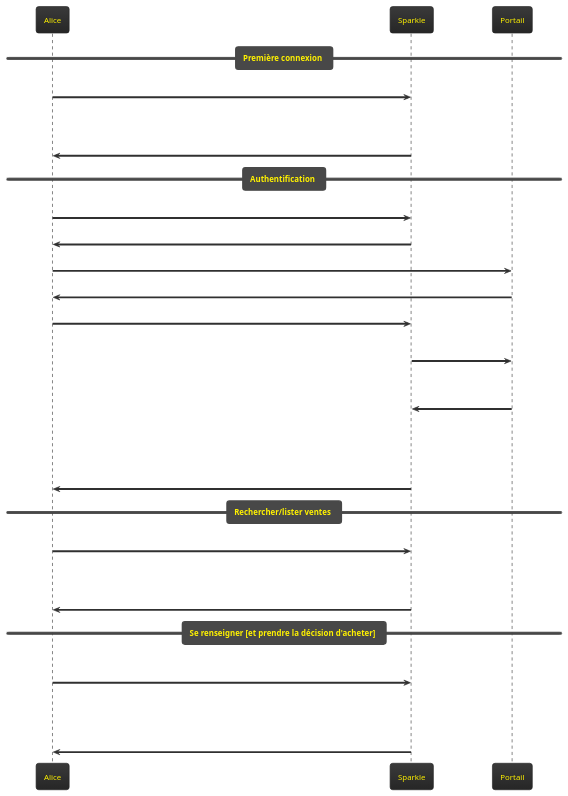
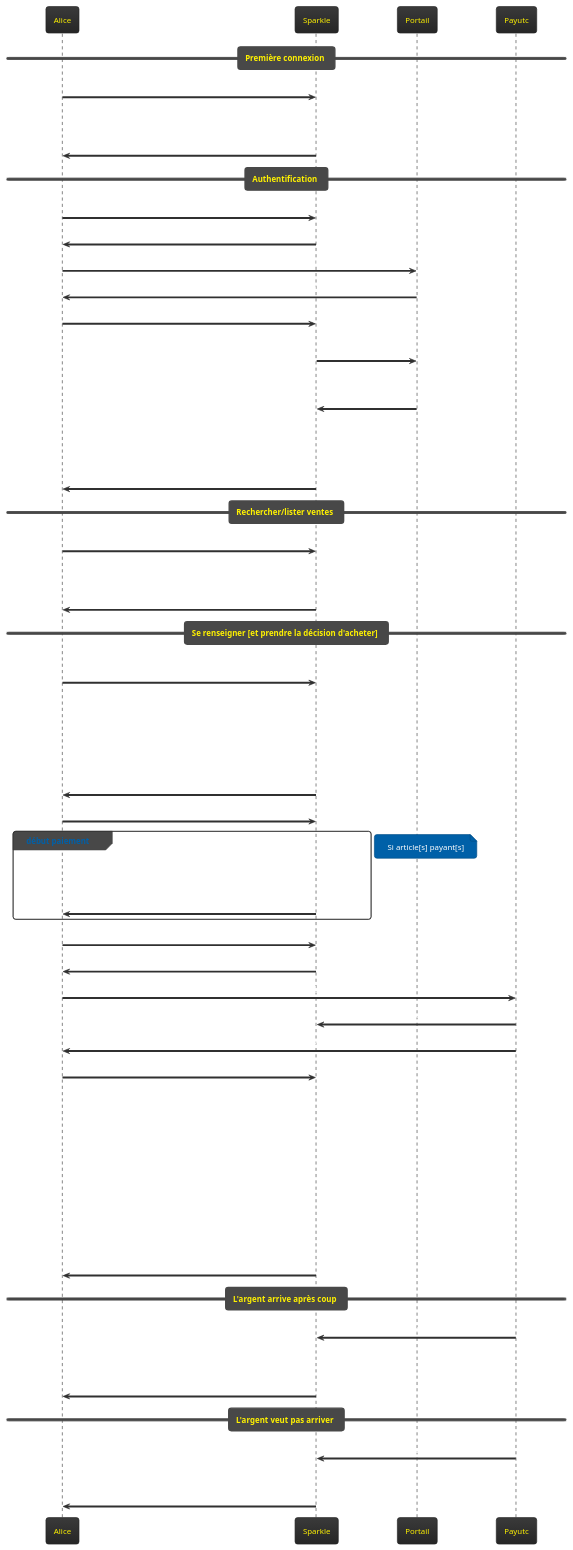
The diagram in doc-assets/sequence.plantuml (SiMDE-Projects/sparkle), drawn with PlantUML before and after one commit.

Commit message:
séquence paiement

```diff
--- a/doc-assets/sequence.plantuml
+++ b/doc-assets/sequence.plantuml
@@ -1,26 +1,48 @@
 @startuml
 !theme black-knight
 
 == Première connexion ==
 Alice -> Sparkle : connexion
 Sparkle -> Alice : //information://\n3 choix: s'authentifier, rechercher vente, lister ventes\n//information://\ns'authentifier peut changer la visibilité de ventes
 
 == Authentification ==
 Alice -> Sparkle : je souhaite m'authentifier
 Sparkle -> Alice : //ordre:// redirection vers portail
 Alice -> Portail : je souhaite m'authentifier auprès de Sparkle
 Portail -> Alice : //ordre:// redirection vers Sparkle avec __token__
 Alice -> Sparkle : authentification avec __token__
 Sparkle -> Portail : validité __token__\ninfos sur Alice
 Portail -> Sparkle : //info.:// token ok,\nnom, e-mail,\nassos d'Alice
 Sparkle -> Alice : //information://\ntu es authentifiée\n//information://\n3 choix: se déconnecter, rechercher vente, lister ventes\n//information://\ns'authentifier peut avoir changé la visibilité de ventes
 
 == Rechercher/lister ventes ==
 Alice -> Sparkle : liste les ventes (récentes|dont le nom ressemble à __XX__)
 Sparkle -> Alice : **pour chaque vente (récente|dont le nom ressemble à __XX__):**\n//information://\nnom, description, prix, [prix...], [lieu], [visible car authentifiée]\n(vente terminée|vente accessible par action d'Alice)
 
 == Se renseigner [et prendre la décision d'acheter] ==
 Alice -> Sparkle : je veux me renseigner sur la vente __xxxx__ et\néventuellement prendre la décision d'acheter
-Sparkle -> Alice : //information:// nom vente, description, [lieu], [critère ayant donné droit d'accès à la vente]\n**si Alice n'est pas authentifiée et s'il existe des articles protégés par des droits d'accès:**\n//information:// se connecter peut changer la visibilité d'articles\n**pour chaque article accessible:**\n//information:// nom article, prix, [critère donnant accès à l'article non public]
+Sparkle -> Alice : //information://\nnom vente, description, [lieu],\n[critère ayant donné droit d'accès à la vente]\n**si Alice n'est pas authentifiée**\n**et s'il existe des articles protégés par des droits d'accès:**\n//information:// se connecter peut changer la visibilité d'articles\n**pour chaque article accessible:**\n//information:// nom article, prix,\n[critère donnant accès à l'article non public]
+Alice -> Sparkle : j'accepte les conditions de chaque article, je veux [(article, qté)]
+group début paiement
+Sparkle -> Alice : //information://\nAlice, si tu as un compte CAS UTC/ESCOM,\nstp appuie sur «j'ai un compte Payutc»\npour faciliter la tâche des gentils bénévoles.\nCapiche?
+end
+note right
+  Si article[s] payant[s]
+end note
+Alice -> Sparkle : ok capiche
+Sparkle -> Alice : //ordre:// redirection vers Payutc avec __token__
+Alice -> Payutc : paiement avec __token__
+Payutc -> Sparkle : ~~magic?~~
+Payutc -> Alice : redirection vers Sparkle ~~(avec token2 ?)~~
+Alice -> Sparkle : yo c'est bon j'ai payé ~~(avec token2 ?)~~
+Sparkle -> Alice : **si l'argent est sécurisé**\n//information://\ngénial j'aime l'argent.\nvoilà ta __place__ bisous\ntu pourras la retrouver en faisant telle action\n**si l'argent est pas encore arrivé**\n//information://\nj'ai pas encore eu l'argent,\nmais y'a moy pour que ça arrive plus tard.\ntu seras prévenue de telle façon en cas de réussite/échec\n**si l'argent arrivera pas**\n//information://\nouaaais alors payutc t'a rien dit\nmais au final payutc m'a dit personnellement\nque j'aurai pas ton argent du coup réessaye\n\n
+
+== L'argent arrive après coup ==
+Payutc -> Sparkle : c bon pour __la commande d'Alice__
+Sparkle -> Alice : //information://\nc'est bon j'ai reçu la thune\nvoilà ta __place__\ntu pourras la retrouver en faisant telle action
+
+== L'argent veut pas arriver ==
+Payutc -> Sparkle : j'y arrive pas pour __la commande d'Alice__ rip
+Sparkle -> Alice : //information://\npayutc y arrive pas rip j'ai besoin que tu recommences,\n**retour à l'étape 'début paiement'**
 
 @enduml
```
